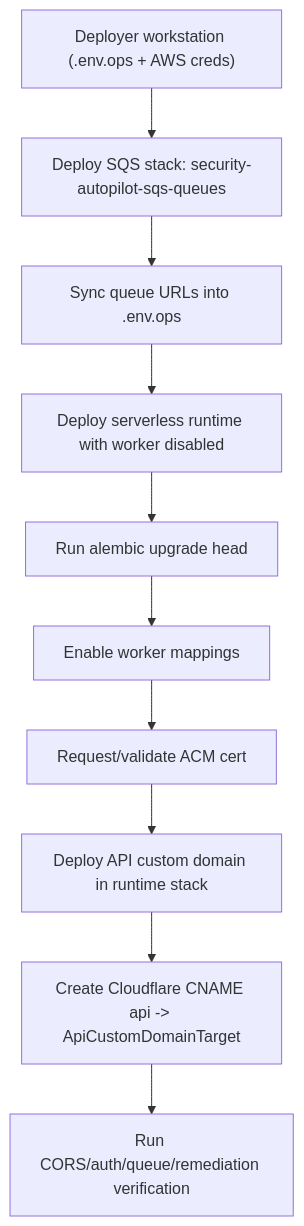
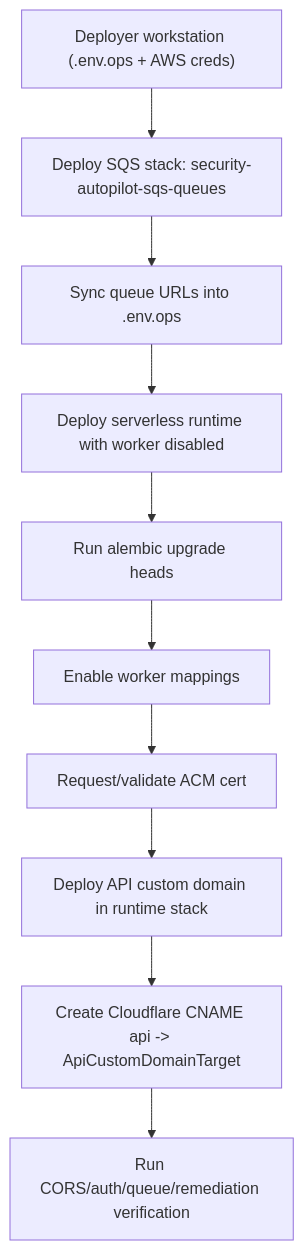
The first of 2 diagrams in docs/audit-remediation/deployer-runbook-phase1-phase3.md (marcoIbrahim0/awsautopilot), drawn with Mermaid before and after one commit. The commit also changed other lines of this file and 3485 other files, not shown here.

````diff
--- a/docs/audit-remediation/deployer-runbook-phase1-phase3.md
+++ b/docs/audit-remediation/deployer-runbook-phase1-phase3.md
@@ -37,12 +37,12 @@
 ```mermaid
 flowchart TD
   A["Deployer workstation (.env.ops + AWS creds)"] --> B["Deploy SQS stack: security-autopilot-sqs-queues"]
   B --> C["Sync queue URLs into .env.ops"]
   C --> D["Deploy serverless runtime with worker disabled"]
-  D --> E["Run alembic upgrade head"]
+  D --> E["Run alembic upgrade heads"]
   E --> F["Enable worker mappings"]
   F --> G["Request/validate ACM cert"]
   G --> H["Deploy API custom domain in runtime stack"]
   H --> I["Create Cloudflare CNAME api -> ApiCustomDomainTarget"]
   I --> J["Run CORS/auth/queue/remediation verification"]
 ```
````
